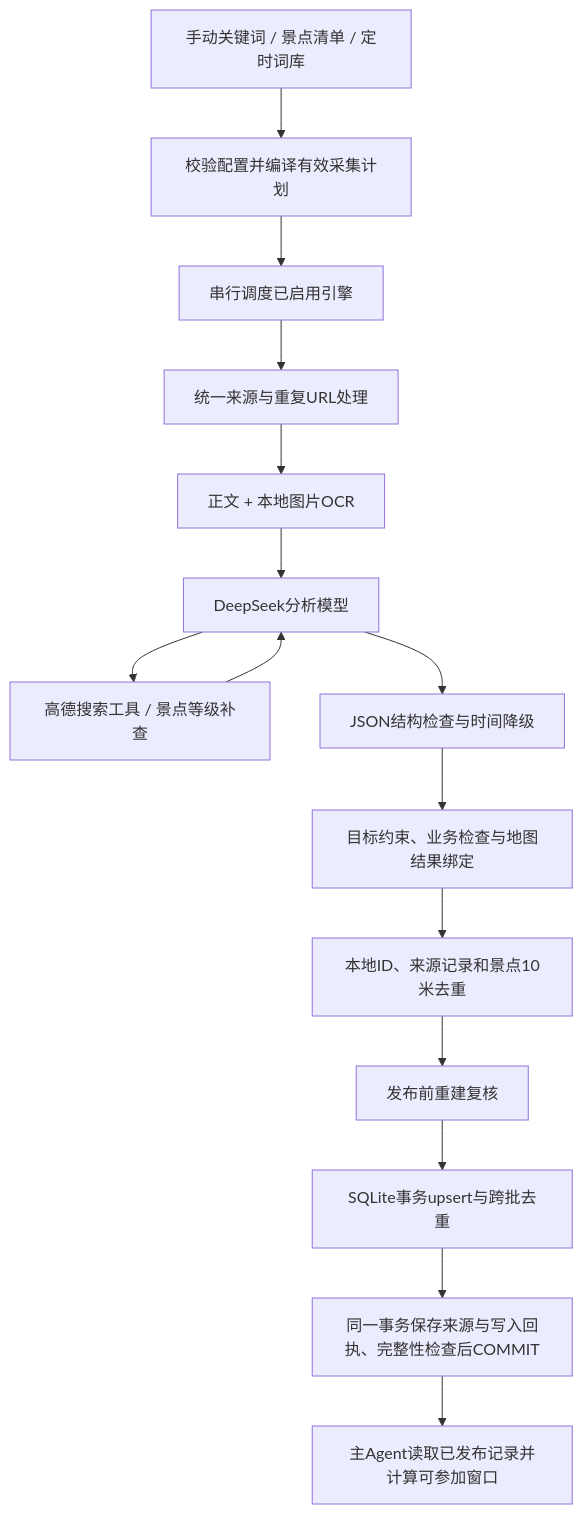
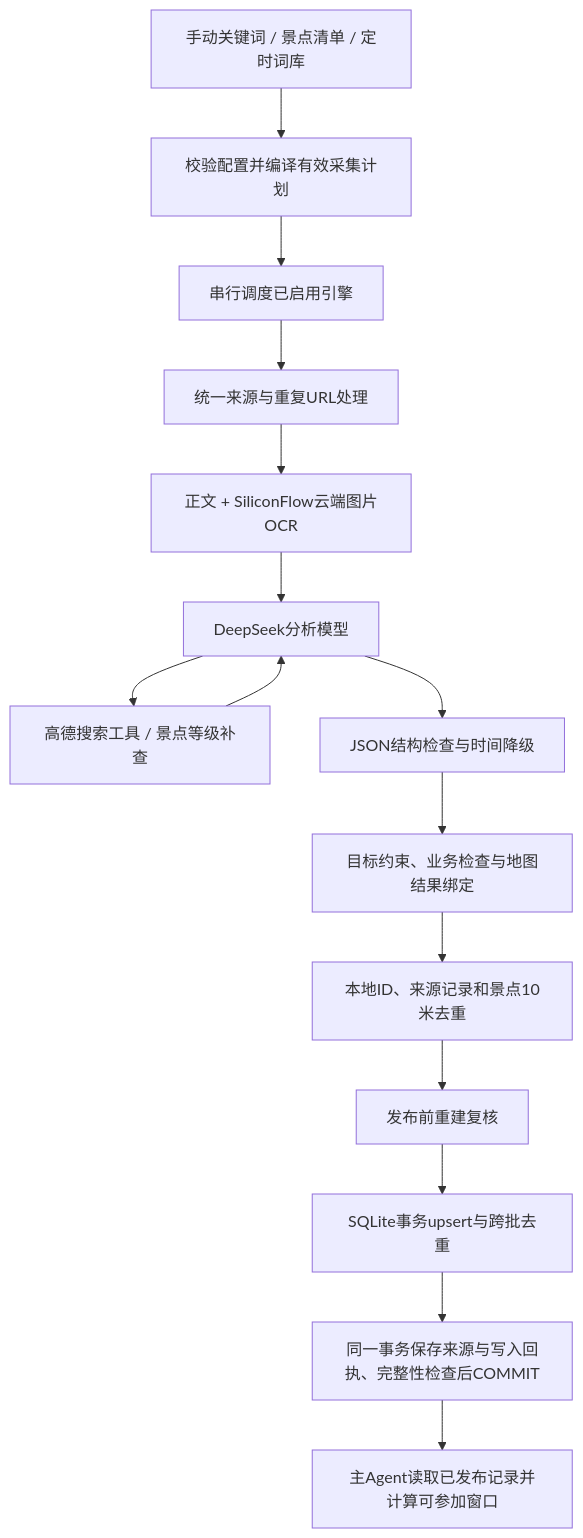
Before and after one commit to LiuMingyang-1/city-explorer-agent: the diagram in docs/architecture/collection.md, drawn with Mermaid. The commit also changed other lines of this file and 7 other files, not shown here.

````diff
--- a/docs/architecture/collection.md
+++ b/docs/architecture/collection.md
@@ -345,17 +345,17 @@
 ```mermaid
 flowchart TD
   A[手动关键词 / 景点清单 / 定时词库] --> B[校验配置并编译有效采集计划]
   B --> C[串行调度已启用引擎]
   C --> D[统一来源与重复URL处理]
-  D --> E[正文 + 本地图片OCR]
+  D --> E[正文 + SiliconFlow云端图片OCR]
   E --> F[DeepSeek分析模型]
   F --> G[高德搜索工具 / 景点等级补查]
   G --> F
   F --> H[JSON结构检查与时间降级]
   H --> I[目标约束、业务检查与地图结果绑定]
   I --> J[本地ID、来源记录和景点10米去重]
   J --> K[发布前重建复核]
   K --> L[SQLite事务upsert与跨批去重]
   L --> M[同一事务保存来源与写入回执、完整性检查后COMMIT]
   M --> N[主Agent读取已发布记录并计算可参加窗口]
 ```
````
